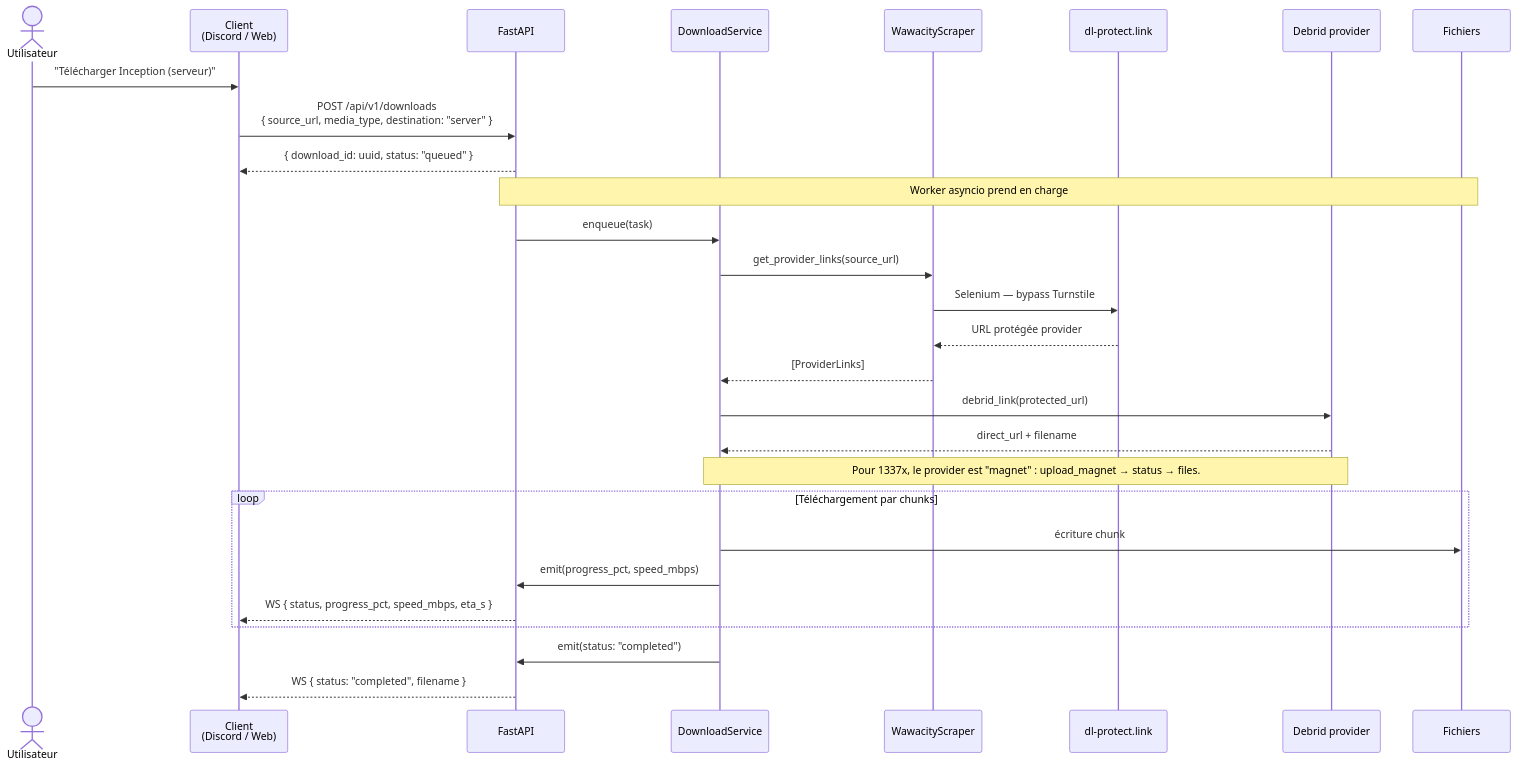
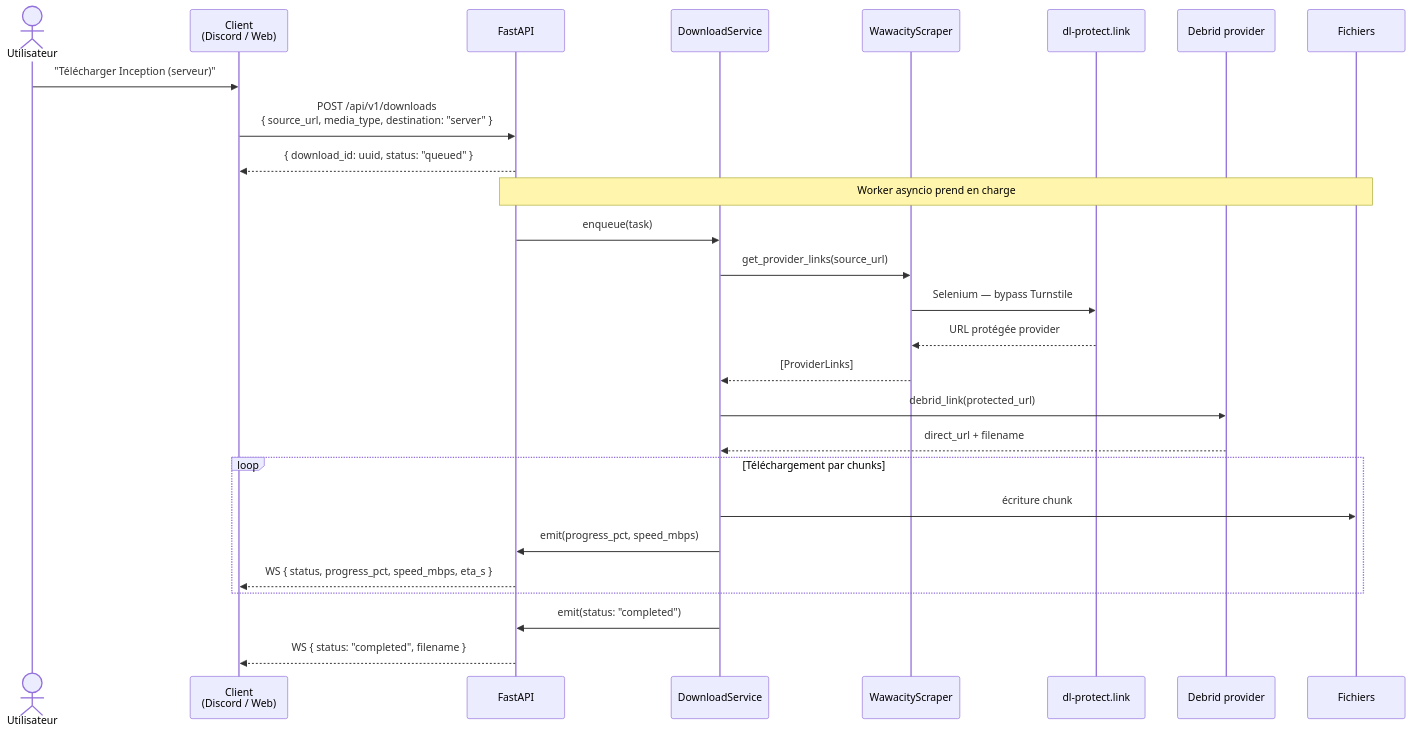
The second of 7 diagrams in docs/architecture-v2.md (Gon3s/dl_discord_bot), drawn with Mermaid before and after one commit. The commit also changed other lines of this file and 17 other files, not shown here.

````diff
--- a/docs/architecture-v2.md
+++ b/docs/architecture-v2.md
@@ -68,37 +64,35 @@
 ```mermaid
 sequenceDiagram
     actor U as Utilisateur
     participant C as Client<br/>(Discord / Web)
     participant API as FastAPI
     participant SVC as DownloadService
     participant SCR as WawacityScraper
     participant DLP as dl-protect.link
     participant AD as Debrid provider
     participant FS as Fichiers
 
     U->>C: "Télécharger Inception (serveur)"
     C->>API: POST /api/v1/downloads<br/>{ source_url, media_type, destination: "server" }
     API-->>C: { download_id: uuid, status: "queued" }
 
     Note over API,FS: Worker asyncio prend en charge
 
     API->>SVC: enqueue(task)
     SVC->>SCR: get_provider_links(source_url)
     SCR->>DLP: Selenium — bypass Turnstile
     DLP-->>SCR: URL protégée provider
     SCR-->>SVC: [ProviderLinks]
 
     SVC->>AD: debrid_link(protected_url)
     AD-->>SVC: direct_url + filename
 
-    Note over SVC,AD: Pour 1337x, le provider est "magnet" : upload_magnet → status → files.
-
     loop Téléchargement par chunks
         SVC->>FS: écriture chunk
         SVC->>API: emit(progress_pct, speed_mbps)
         API-->>C: WS { status, progress_pct, speed_mbps, eta_s }
     end
 
     SVC->>API: emit(status: "completed")
     API-->>C: WS { status: "completed", filename }
 ```
````
